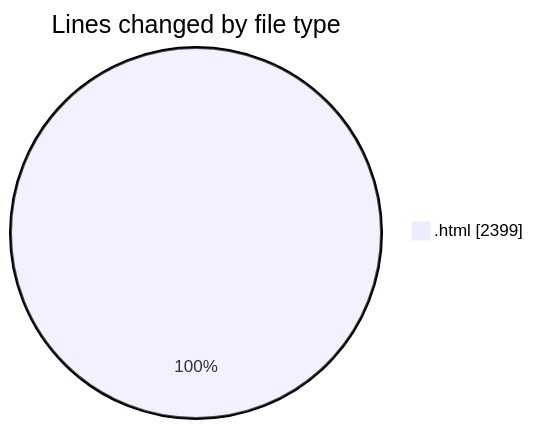
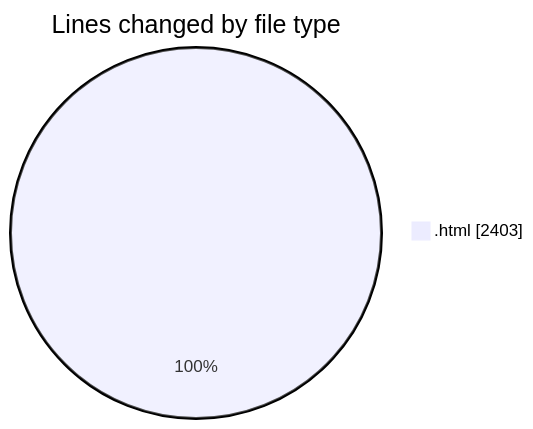
Before and after one commit to LanceThiago/code-tracking: the first of 2 diagrams in 2025-04-24/enre_-_calculadora_de_consumo_v_2022_files/README.md, drawn with Mermaid. The commit also changed other lines of this file and 1 other file, not shown here.

````diff
--- a/2025-04-24/enre_-_calculadora_de_consumo_v_2022_files/README.md
+++ b/2025-04-24/enre_-_calculadora_de_consumo_v_2022_files/README.md
@@ -20,5 +20,5 @@
 ```mermaid
 pie showData
 title Lines changed by file type
-".html" : 2399
+".html" : 2403
 ```
````
